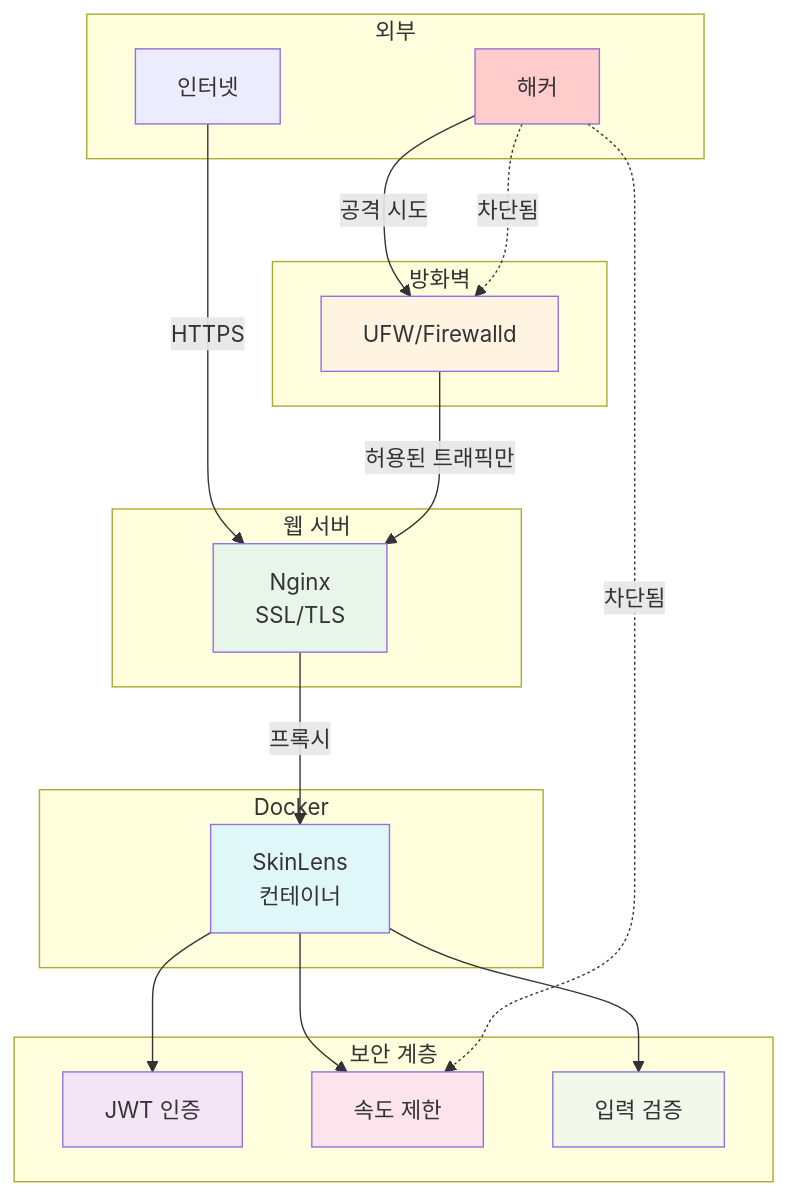
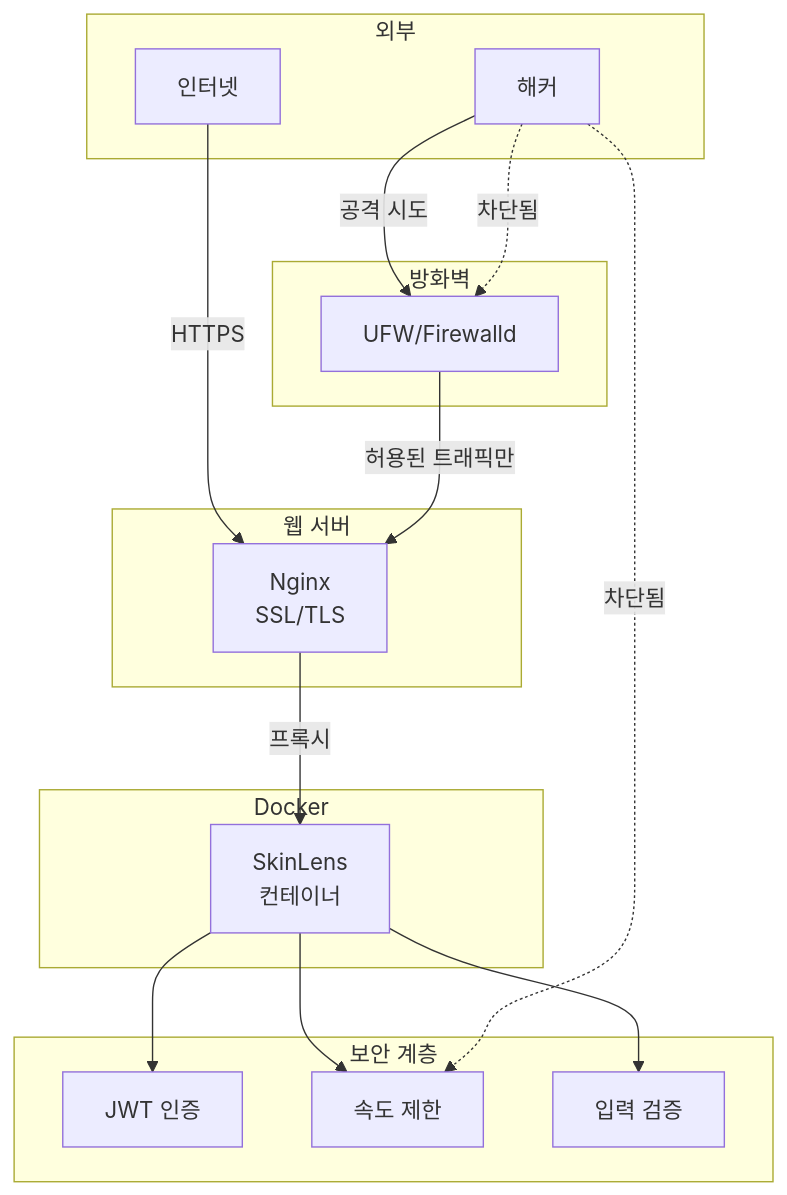
One commit to coteleafdev/SkinLens changed the fifth of 5 diagrams in docs/ops/LINUX_DOCKER_DEPLOYMENT.md. Above: the diagram before and after it, drawn with Mermaid. The commit also changed other lines of this file, not shown here.

First line of the commit message:
Remove style settings from Mermaid diagrams for better visibility

````diff
--- a/docs/ops/LINUX_DOCKER_DEPLOYMENT.md
+++ b/docs/ops/LINUX_DOCKER_DEPLOYMENT.md
@@ -530,45 +511,37 @@
 ```mermaid
 graph TB
     subgraph "외부"
         Internet[인터넷]
         Hacker[해커]
     end
     
     subgraph "방화벽"
         UFW[UFW/Firewalld]
     end
     
     subgraph "웹 서버"
         Nginx[Nginx<br/>SSL/TLS]
     end
     
     subgraph "Docker"
         SkinLens[SkinLens<br/>컨테이너]
     end
     
     subgraph "보안 계층"
         Auth[JWT 인증]
         RateLimit[속도 제한]
         InputSanitize[입력 검증]
     end
     
     Internet -->|HTTPS| Nginx
     Hacker -->|공격 시도| UFW
     UFW -->|허용된 트래픽만| Nginx
     Nginx -->|프록시| SkinLens
     
     SkinLens --> Auth
     SkinLens --> RateLimit
     SkinLens --> InputSanitize
     
     Hacker -.->|차단됨| UFW
     Hacker -.->|차단됨| RateLimit
-    
-    style Hacker fill:#ffcccc
-    style UFW fill:#fff4e1
-    style Nginx fill:#e8f5e9
-    style SkinLens fill:#e0f7fa
-    style Auth fill:#f3e5f5
-    style RateLimit fill:#fce4ec
-    style InputSanitize fill:#f1f8e9
 ```
````
